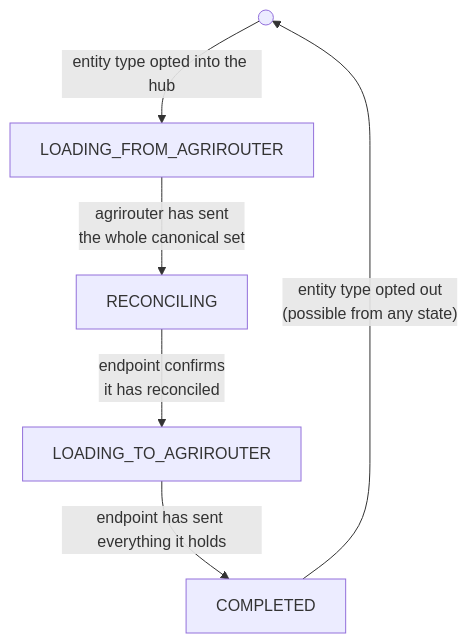
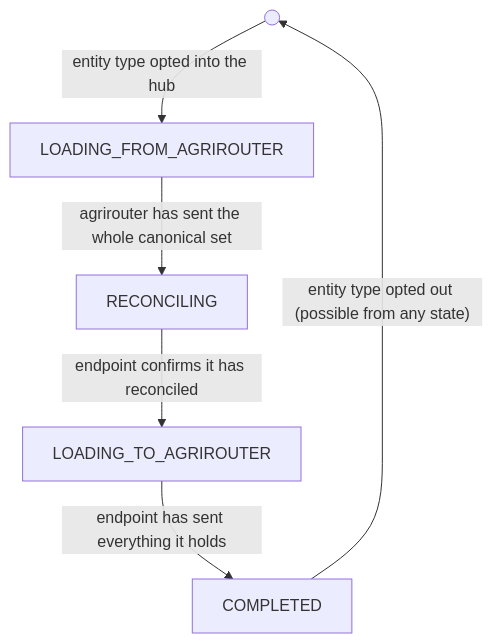
The first of 3 diagrams in architecture/06-initial-load.md (DKE-Data/masterdata-sync-working-group), drawn with Mermaid before and after one commit. The commit also changed other lines of this file and 5 other files, not shown here.

Commit message:
Add ARD 10 - Binding a local identifier to a canonical object; add endpoint ID in request headers

````diff
--- a/architecture/06-initial-load.md
+++ b/architecture/06-initial-load.md
@@ -27,15 +27,15 @@
 ```mermaid
 flowchart TB
     START(( ))
     LF["LOADING_FROM_AGRIROUTER"]
     R["RECONCILING"]
     LT["LOADING_TO_AGRIROUTER"]
     C["COMPLETED"]
     START -->|"entity type opted into the hub"| LF
-    LF -->|"agrirouter has sent \n the whole canonical set"| R
-    R -->|"endpoint confirms \n it has reconciled"| LT
+    LF -->|"agrirouter has sent the whole canonical set"| R
+    R -->|"endpoint confirms it has reconciled"| LT
     LT -->|"endpoint has sent everything it holds"| C
-    C -->|"entity type opted out \n (possible from any state)"| START
+    C -->|"entity type opted out (possible from any state)"| START
     %% ceasg:{"id":"6kuwmm6w"} %%
     %% mermaid-flow:pos START=119,100 LF=276,230 R=280,354 LT=259,477 C=119,590
 ```
````
